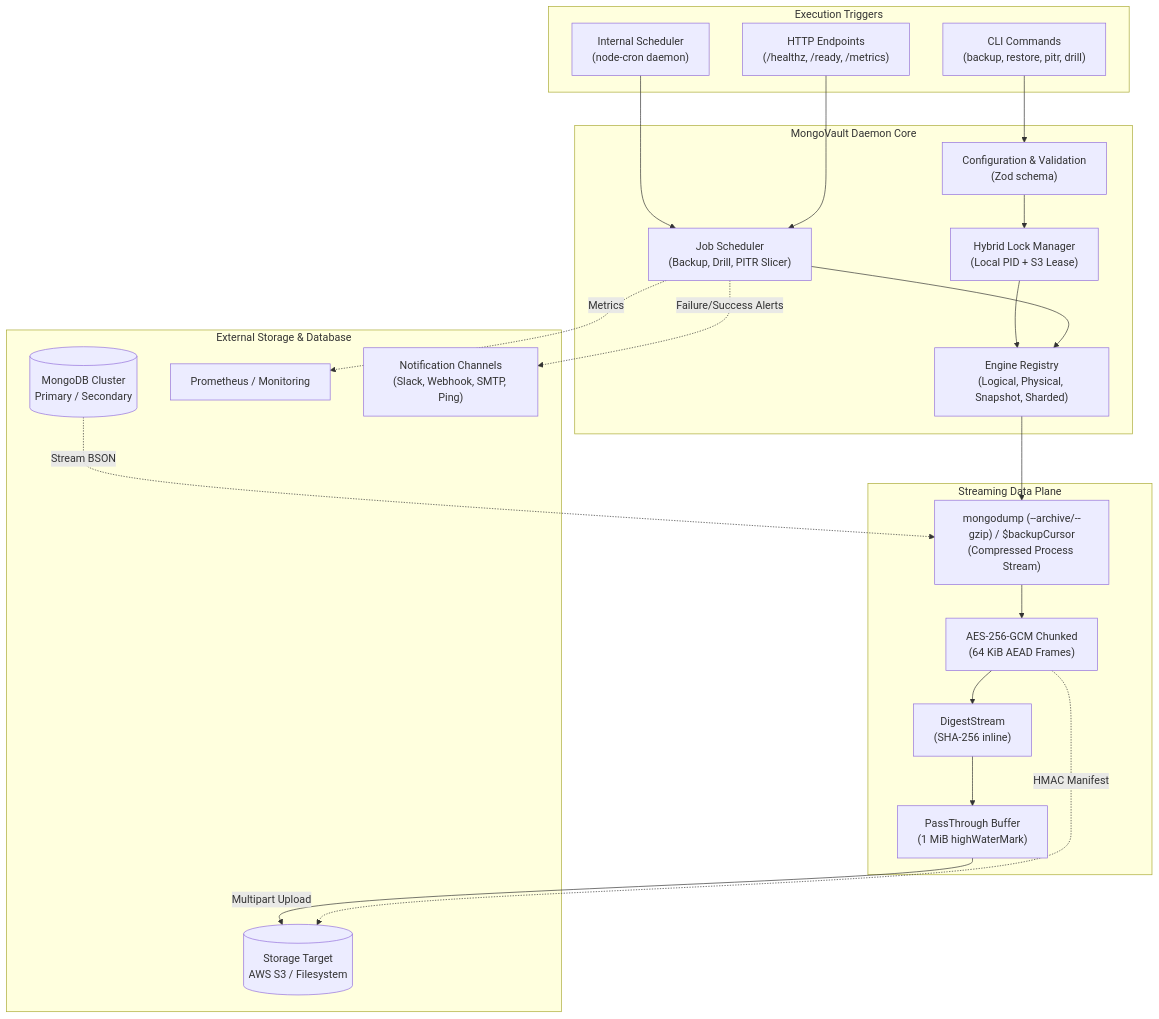
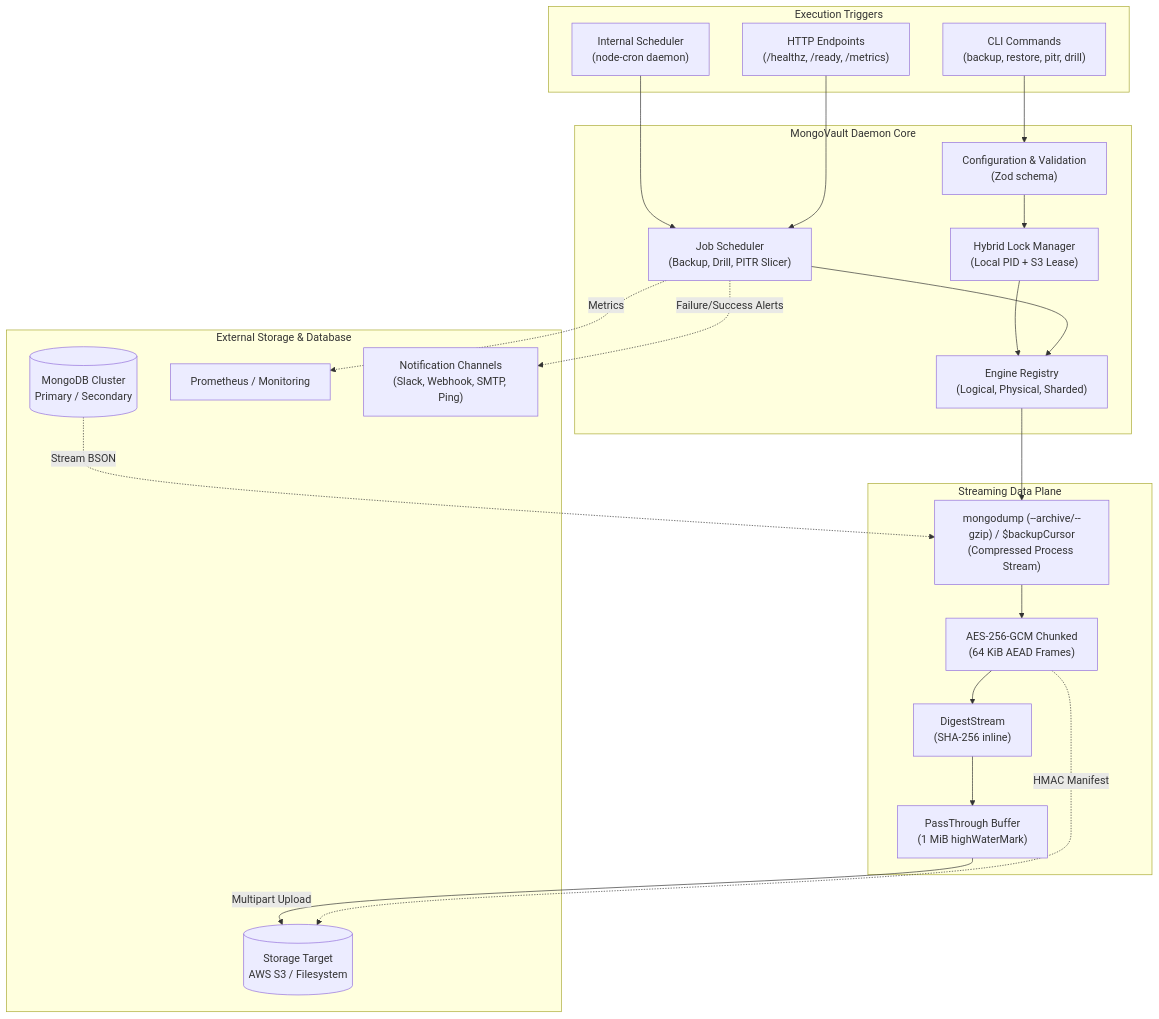
The first of 11 diagrams in README.md (bhatbazik/MongoVault), drawn with Mermaid before and after one commit. The commit also changed other lines of this file and 30 other files, not shown here.

Commit message:
refactor: remove snapshot backup engine and associated documentation

````diff
--- a/README.md
+++ b/README.md
@@ -190,45 +188,45 @@
 ```mermaid
 flowchart TD
     subgraph Client["Execution Triggers"]
         CLI["CLI Commands\n(backup, restore, pitr, drill)"]
         Cron["Internal Scheduler\n(node-cron daemon)"]
         HTTP["HTTP Endpoints\n(/healthz, /ready, /metrics)"]
     end
 
     subgraph Core["MongoVault Daemon Core"]
         Config["Configuration & Validation\n(Zod schema)"]
         LockMgr["Hybrid Lock Manager\n(Local PID + S3 Lease)"]
         Scheduler["Job Scheduler\n(Backup, Drill, PITR Slicer)"]
-        Engines["Engine Registry\n(Logical, Physical, Snapshot, Sharded)"]
+        Engines["Engine Registry\n(Logical, Physical, Sharded)"]
     end
 
     subgraph DataPlane["Streaming Data Plane"]
         Dump["mongodump (--archive/--gzip) / $backupCursor\n(Compressed Process Stream)"]
         Crypto["AES-256-GCM Chunked\n(64 KiB AEAD Frames)"]
         Digest["DigestStream\n(SHA-256 inline)"]
         PassThrough["PassThrough Buffer\n(1 MiB highWaterMark)"]
     end
 
     subgraph Target["External Storage & Database"]
         MongoDB[(MongoDB Cluster\nPrimary / Secondary)]
         Storage[(Storage Target\nAWS S3 / Filesystem)]
         Prometheus["Prometheus / Monitoring"]
         Alerts["Notification Channels\n(Slack, Webhook, SMTP, Ping)"]
     end
 
     CLI --> Config
     Cron --> Scheduler
     HTTP --> Scheduler
     Config --> LockMgr
     LockMgr --> Engines
     Scheduler --> Engines
 
     Engines --> Dump
     MongoDB -.->|Stream BSON| Dump
     Dump --> Crypto --> Digest --> PassThrough
     PassThrough -->|Multipart Upload| Storage
 
     Crypto -.->|"HMAC Manifest"| Storage
     Scheduler -.->|Metrics| Prometheus
     Scheduler -.->|"Failure/Success Alerts"| Alerts
 ```
````
